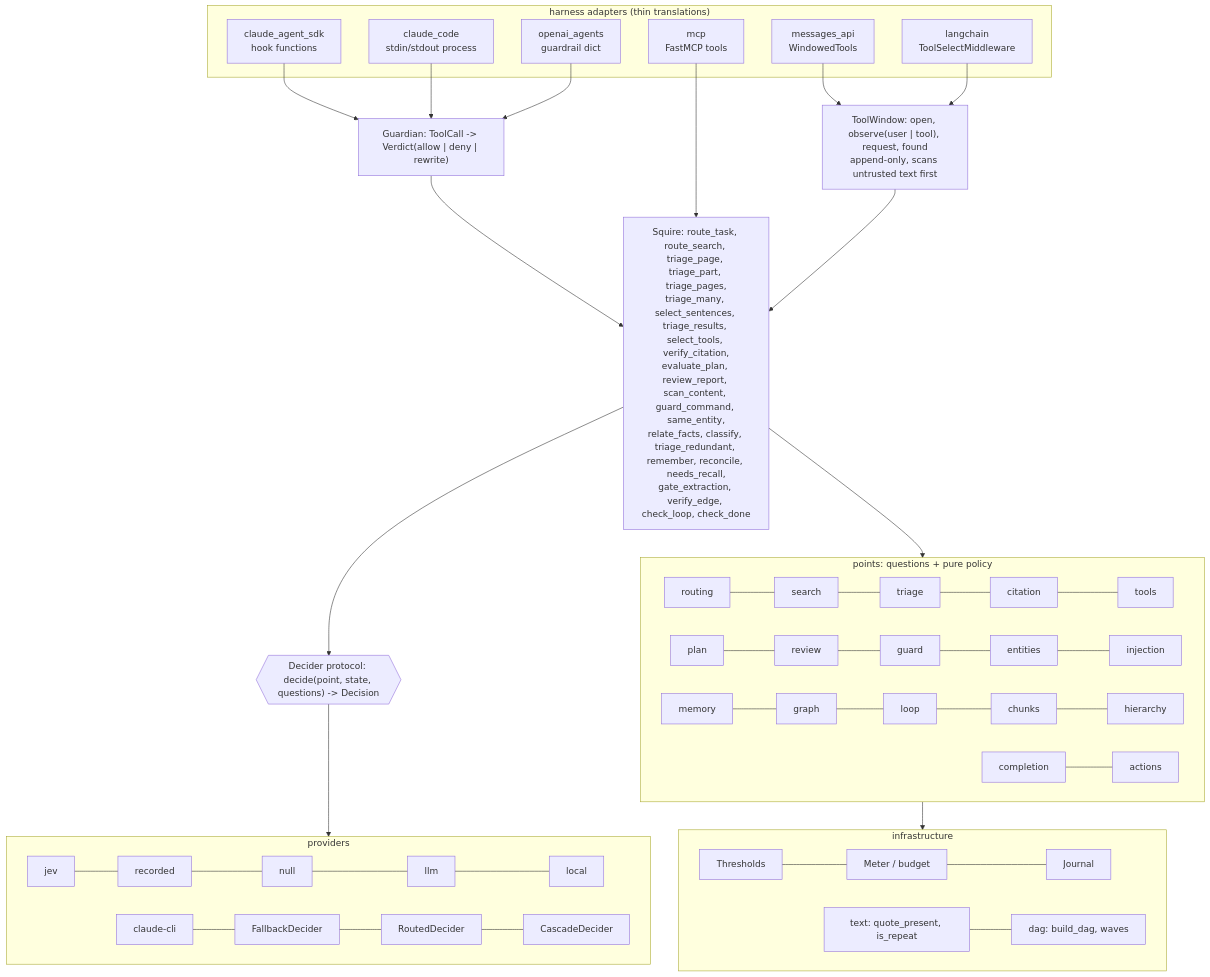
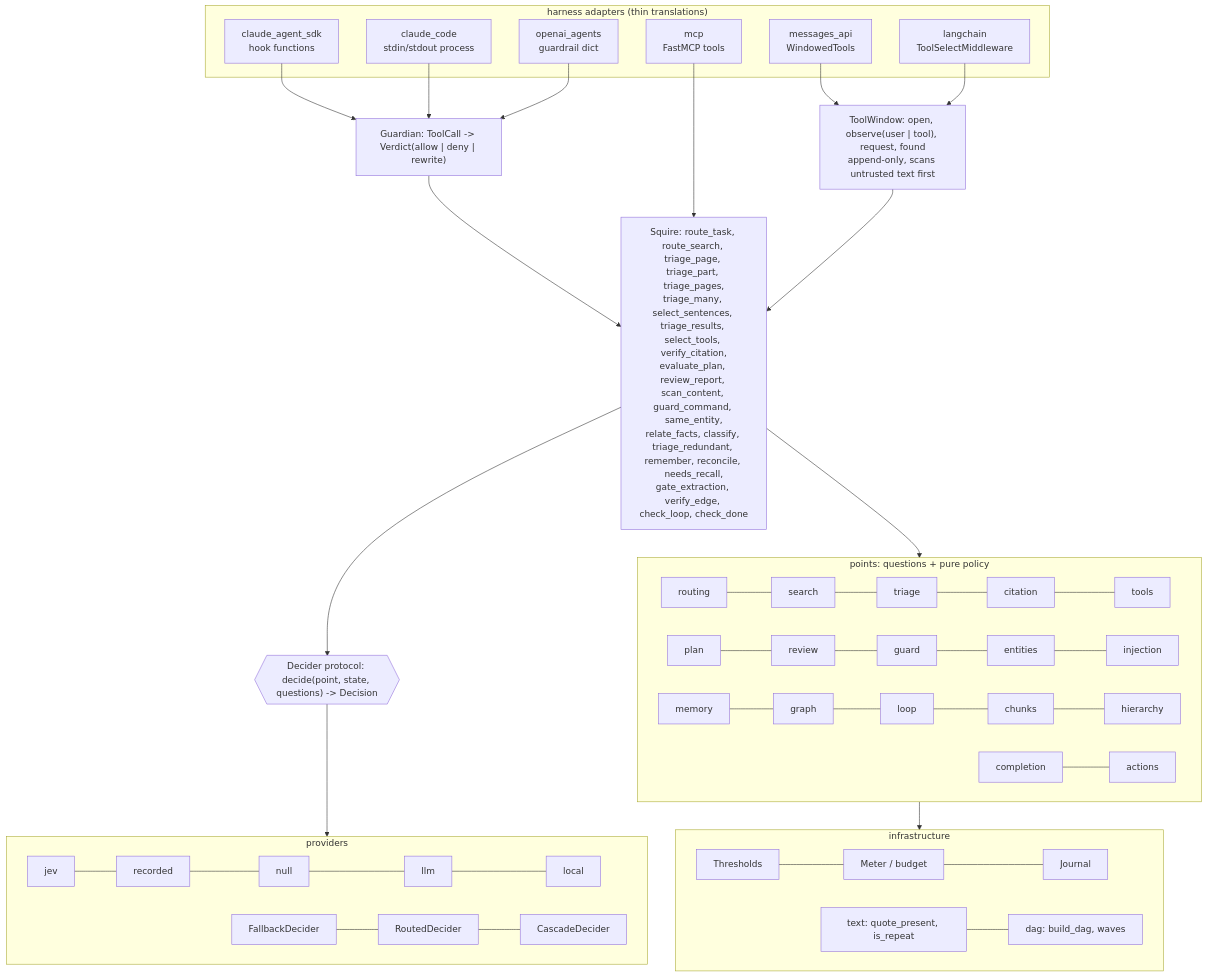
One commit to romanpert/sanchopanza changed the second of 2 diagrams in docs/architecture.md. Above: the diagram before and after it, drawn with Mermaid. The commit also changed other lines of this file and 10 other files, not shown here.

First line of the commit message:
refactor: remove the claude-cli provider from the public package

````diff
--- a/docs/architecture.md
+++ b/docs/architecture.md
@@ -46,34 +46,34 @@
 ```mermaid
 flowchart TB
     subgraph adapters["harness adapters (thin translations)"]
         A1[claude_agent_sdk<br/>hook functions]
         A2[claude_code<br/>stdin/stdout process]
         A3[mcp<br/>FastMCP tools]
         A4[openai_agents<br/>guardrail dict]
         A5[messages_api<br/>WindowedTools]
         A6[langchain<br/>ToolSelectMiddleware]
     end
     G["Guardian: ToolCall -> Verdict(allow | deny | rewrite)"]
     W["ToolWindow: open, observe(user | tool), request, found<br/>append-only, scans untrusted text first"]
     S["Squire: route_task, route_search, triage_page, triage_part, triage_pages,<br/>triage_many, select_sentences, triage_results, select_tools, verify_citation,<br/>evaluate_plan, review_report, scan_content, guard_command, same_entity,<br/>relate_facts, classify, triage_redundant, remember, reconcile, needs_recall,<br/>gate_extraction, verify_edge, check_loop, check_done"]
     subgraph points["points: questions + pure policy"]
         P1[routing] --- P2[search] --- P3[triage] --- P4[citation] --- P9[tools]
         P5[plan] --- P6[review] --- P7[guard] --- P8[entities] --- P10[injection]
         P11[memory] --- P12[graph] --- P13[loop] --- P14[chunks] --- P15[hierarchy]
         P16[completion] --- P17[actions]
     end
     subgraph infra["infrastructure"]
         T[Thresholds] --- B[Meter / budget] --- J[Journal]
         X[text: quote_present, is_repeat] --- DG[dag: build_dag, waves]
     end
     C{{"Decider protocol: decide(point, state, questions) -> Decision"}}
     subgraph providers
         V1[jev] --- V2[recorded] --- V3[null] --- V4[llm] --- V5[local]
-        V8[claude-cli] --- V6[FallbackDecider] --- V7[RoutedDecider] --- V9[CascadeDecider]
+        V6[FallbackDecider] --- V7[RoutedDecider] --- V9[CascadeDecider]
     end
     A1 & A2 & A4 --> G --> S
     A3 --> S
     A5 & A6 --> W --> S
     S --> points --> infra
     S --> C --> providers
 ```
````
